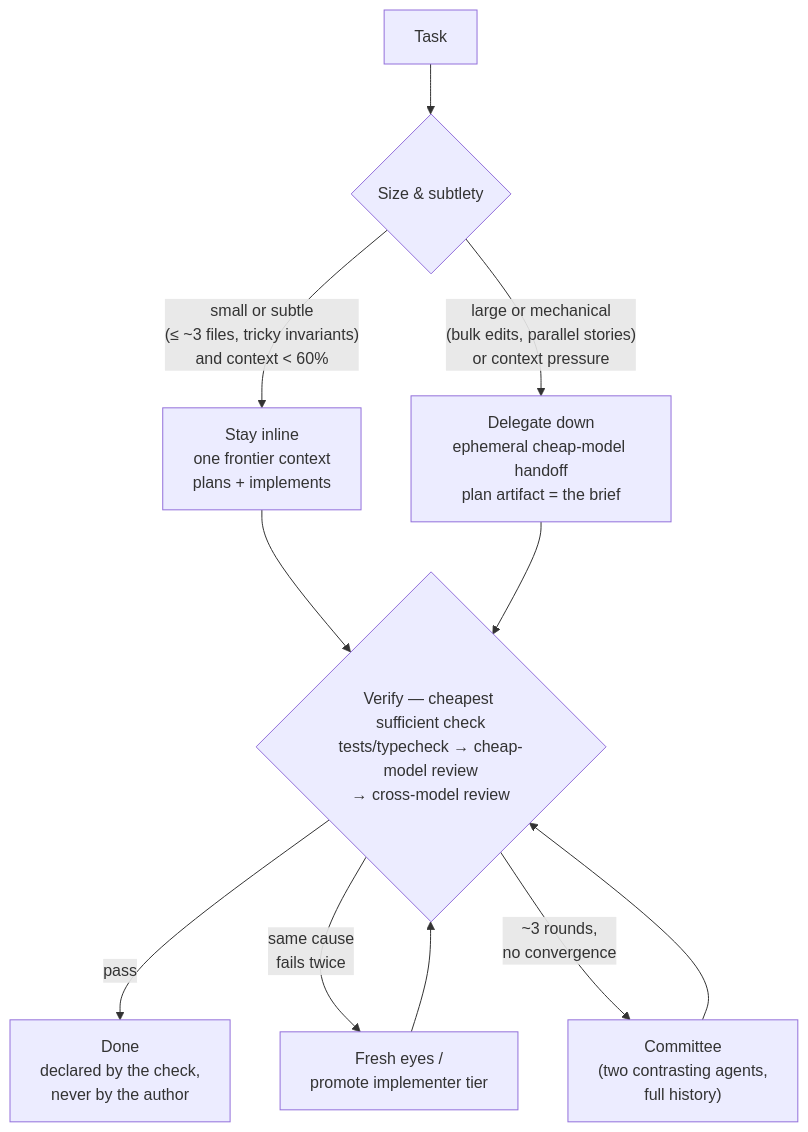
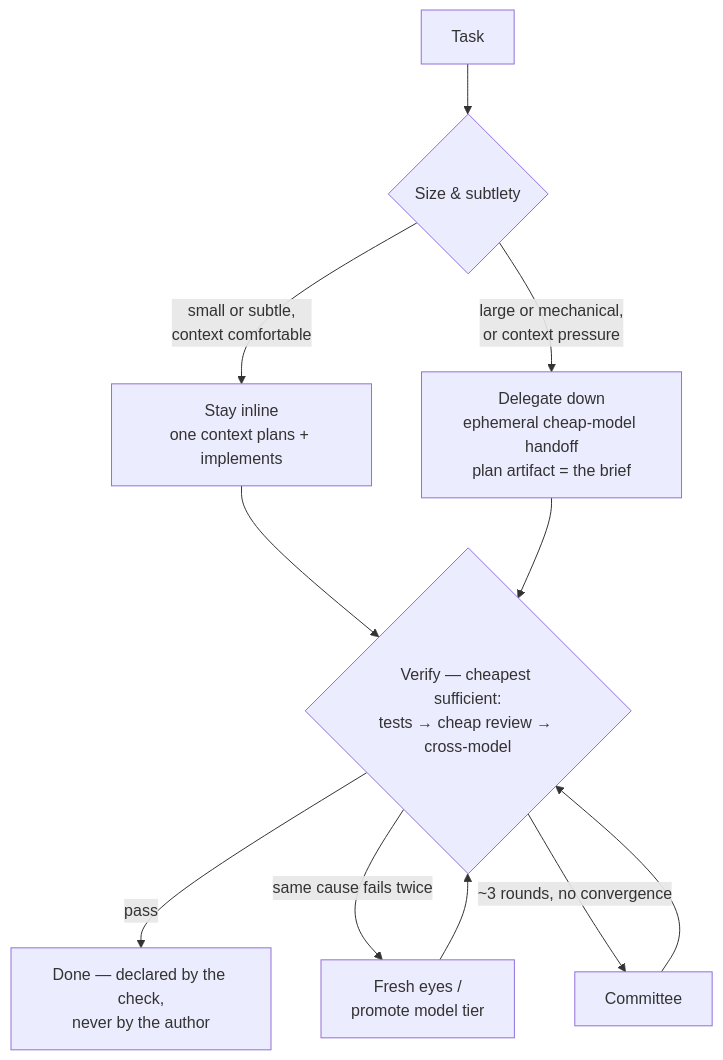
Before and after one commit to reynldi/skills: the diagram in README.md, drawn with Mermaid. The commit also changed other lines of this file, not shown here.

````diff
--- a/README.md
+++ b/README.md
@@ -135,13 +27,13 @@
 ```mermaid
 flowchart TD
     T[Task] --> S{Size & subtlety}
-    S -->|"small or subtle<br/>(≤ ~3 files, tricky invariants)<br/>and context < 60%"| I["Stay inline<br/>one frontier context<br/>plans + implements"]
-    S -->|"large or mechanical<br/>(bulk edits, parallel stories)<br/>or context pressure"| D["Delegate down<br/>ephemeral cheap-model handoff<br/>plan artifact = the brief"]
-    I --> V{"Verify — cheapest sufficient check<br/>tests/typecheck → cheap-model review<br/>→ cross-model review"}
+    S -->|"small or subtle,<br/>context comfortable"| I["Stay inline<br/>one context plans + implements"]
+    S -->|"large or mechanical,<br/>or context pressure"| D["Delegate down<br/>ephemeral cheap-model handoff<br/>plan artifact = the brief"]
+    I --> V{"Verify — cheapest sufficient:<br/>tests → cheap review → cross-model"}
     D --> V
-    V -->|pass| OK["Done<br/>declared by the check,<br/>never by the author"]
-    V -->|"same cause<br/>fails twice"| E1["Fresh eyes /<br/>promote implementer tier"]
-    V -->|"~3 rounds,<br/>no convergence"| E2["Committee<br/>(two contrasting agents,<br/>full history)"]
+    V -->|pass| OK["Done — declared by the check,<br/>never by the author"]
+    V -->|"same cause fails twice"| E1["Fresh eyes /<br/>promote model tier"]
+    V -->|"~3 rounds, no convergence"| E2[Committee]
     E1 --> V
     E2 --> V
 ```
````
